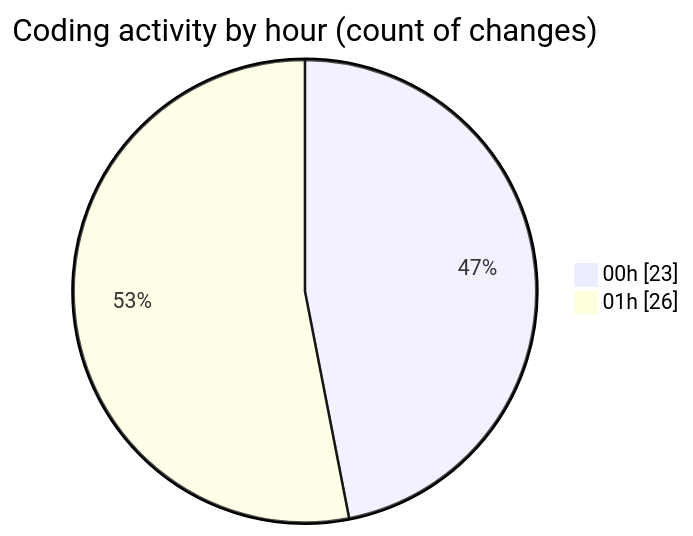
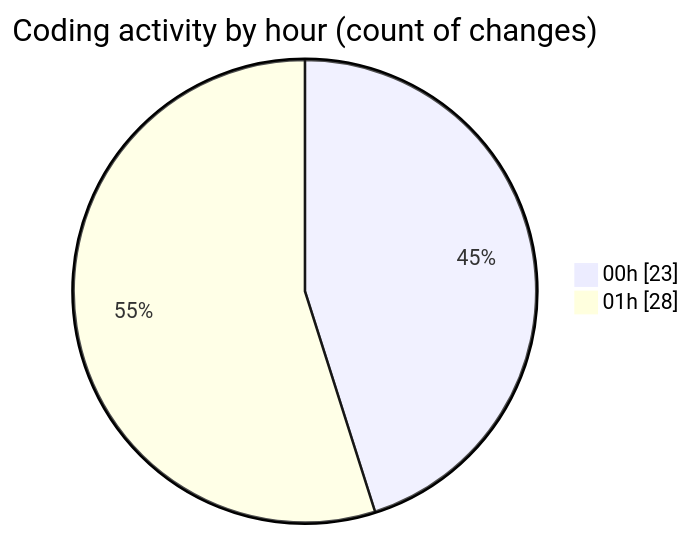
Before and after one commit to donsfak/code-tracking: the second of 2 diagrams in 2025-10-20/weather_insights_app/README.md, drawn with Mermaid. The commit also changed other lines of this file and 1 other file, not shown here.

````diff
--- a/2025-10-20/weather_insights_app/README.md
+++ b/2025-10-20/weather_insights_app/README.md
@@ -39,6 +39,6 @@
 ```mermaid
 pie showData
 title Coding activity by hour (count of changes)
 "00h" : 23
-"01h" : 26
+"01h" : 28
 ```
````
